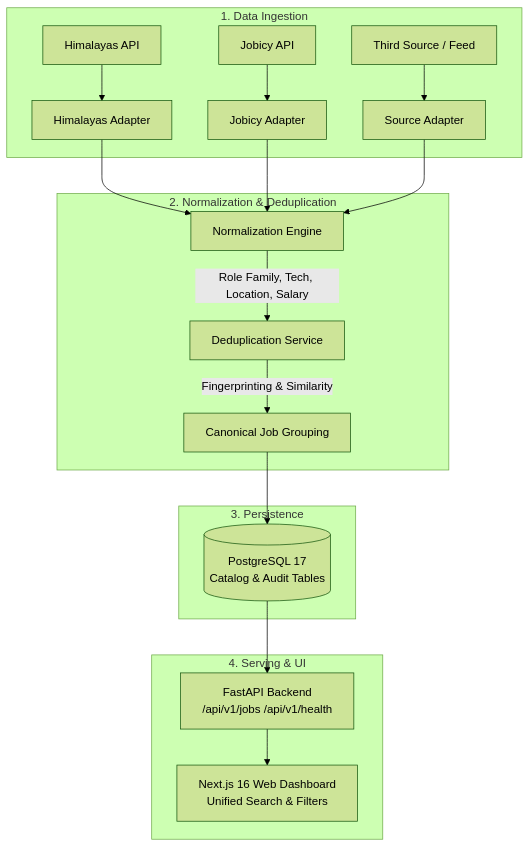
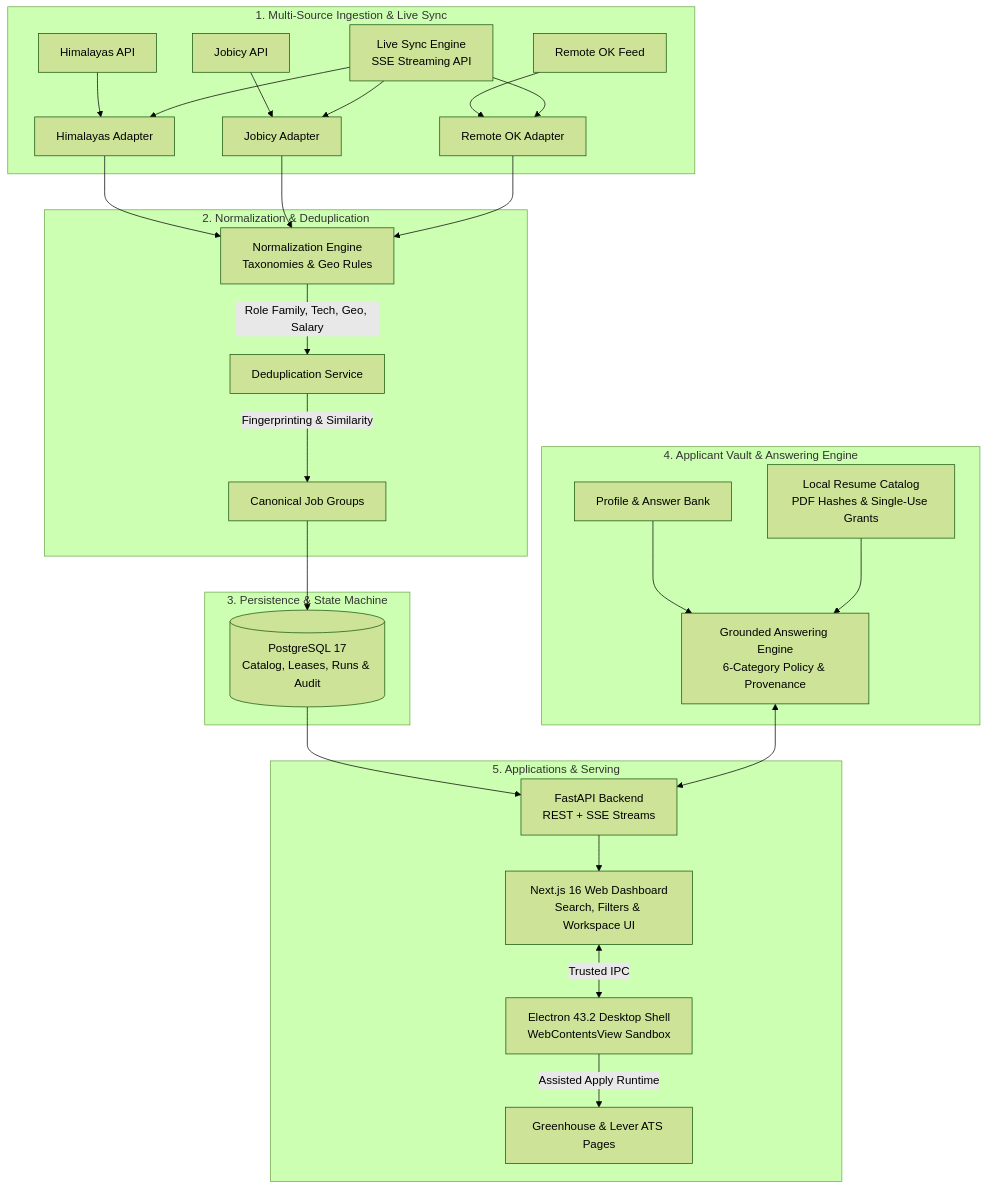
The diagram in README.md (GuilhermeFortuna/job-engine), drawn with Mermaid (forest theme) before and after one commit. The commit also changed other lines of this file and 26 other files, not shown here.

First line of the commit message:
feat(env): update .env.example and dev.sh for JOB_ENGINE_RUNNER_SECRET generation

````diff
--- a/README.md
+++ b/README.md
@@ -41,23 +42,32 @@
 ```mermaid
 flowchart TD
-    subgraph Ingestion["1. Data Ingestion"]
+    subgraph Ingestion["1. Multi-Source Ingestion & Live Sync"]
         S1[Himalayas API] --> A1[Himalayas Adapter]
         S2[Jobicy API] --> A2[Jobicy Adapter]
-        S3[Third Source / Feed] --> A3[Source Adapter]
+        S3[Remote OK Feed] --> A3[Remote OK Adapter]
+        Sync[Live Sync Engine\nSSE Streaming API] --> A1 & A2 & A3
     end
 
     subgraph Processing["2. Normalization & Deduplication"]
-        A1 & A2 & A3 --> N[Normalization Engine]
-        N -->|Role Family, Tech, Location, Salary| D[Deduplication Service]
-        D -->|Fingerprinting & Similarity| M[Canonical Job Grouping]
+        A1 & A2 & A3 --> N[Normalization Engine\nTaxonomies & Geo Rules]
+        N -->|Role Family, Tech, Geo, Salary| D[Deduplication Service]
+        D -->|Fingerprinting & Similarity| M[Canonical Job Groups]
     end
 
-    subgraph Storage["3. Persistence"]
-        M --> DB[(PostgreSQL 17\nCatalog & Audit Tables)]
+    subgraph Storage["3. Persistence & State Machine"]
+        M --> DB[(PostgreSQL 17\nCatalog, Leases, Runs & Audit)]
     end
 
-    subgraph Application["4. Serving & UI"]
-        DB --> API[FastAPI Backend\n/api/v1/jobs /api/v1/health]
-        API --> Web[Next.js 16 Web Dashboard\nUnified Search & Filters]
+    subgraph Vault["4. Applicant Vault & Answering Engine"]
+        VaultData[Profile & Answer Bank] --> AnswerEngine[Grounded Answering Engine\n6-Category Policy & Provenance]
+        ResumeStore[Local Resume Catalog\nPDF Hashes & Single-Use Grants] --> AnswerEngine
+    end
+
+    subgraph Serving["5. Applications & Serving"]
+        DB --> API[FastAPI Backend\nREST + SSE Streams]
+        AnswerEngine <--> API
+        API --> Web[Next.js 16 Web Dashboard\nSearch, Filters & Workspace UI]
+        Web <-->|Trusted IPC| Desktop[Electron 43.2 Desktop Shell\nWebContentsView Sandbox]
+        Desktop -->|Assisted Apply Runtime| ATS[Greenhouse & Lever ATS Pages]
     end
 ```
````
